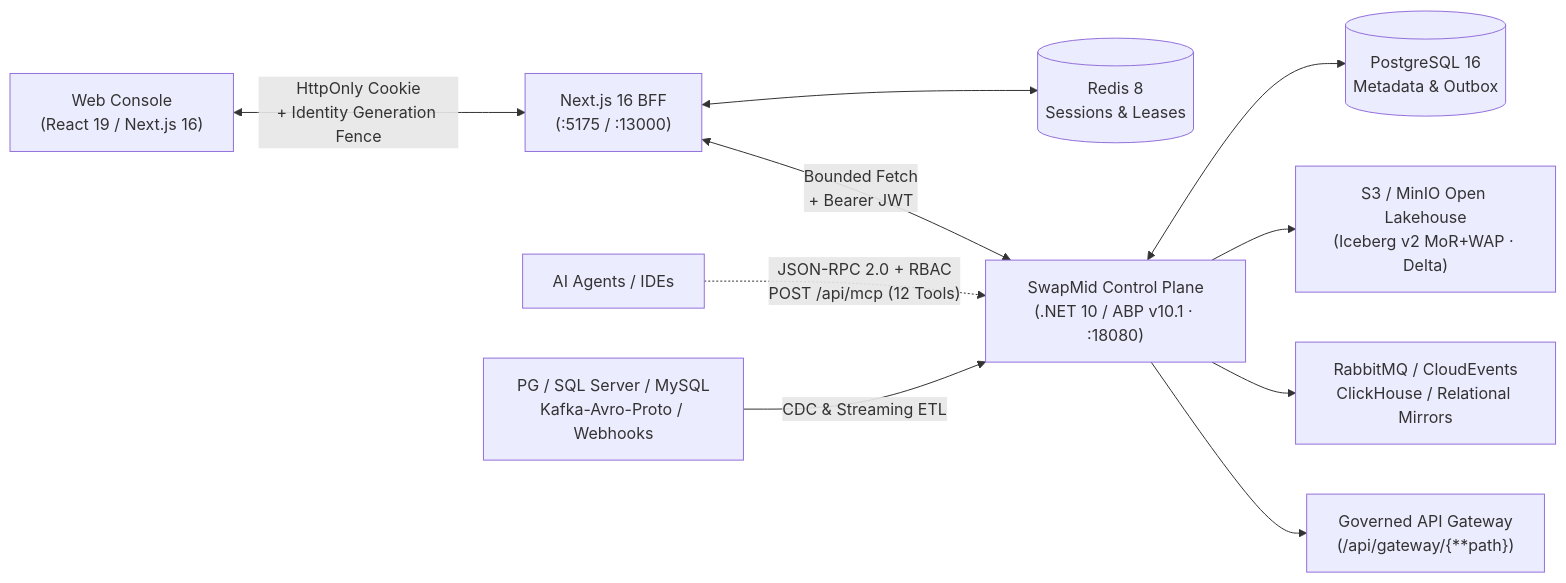
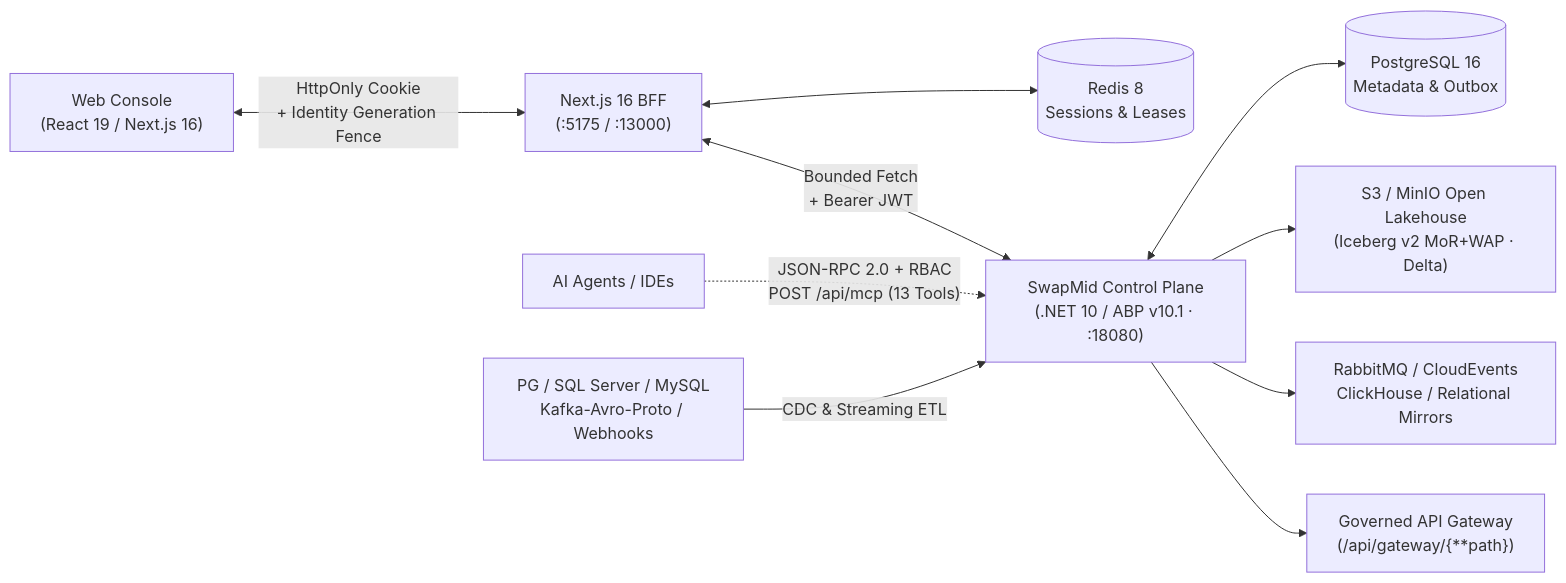
One commit to q871958549/SwapMid changed the diagram in README.md. Above: the diagram before and after it, drawn with Mermaid. The commit also changed other lines of this file and 68 other files, not shown here.

````diff
--- a/README.md
+++ b/README.md
@@ -31,12 +31,12 @@
 ```mermaid
 flowchart LR
   Browser["Web Console\n(React 19 / Next.js 16)"] <-->|"HttpOnly Cookie\n+ Identity Generation Fence"| BFF["Next.js 16 BFF\n(:5175 / :13000)"]
   BFF <--> Redis[("Redis 8\nSessions & Leases")]
   BFF <-->|"Bounded Fetch\n+ Bearer JWT"| Core["SwapMid Control Plane\n(.NET 10 / ABP v10.1 · :18080)"]
-  AI["AI Agents / IDEs"] -.->|"JSON-RPC 2.0 + RBAC\nPOST /api/mcp (12 Tools)"| Core
+  AI["AI Agents / IDEs"] -.->|"JSON-RPC 2.0 + RBAC\nPOST /api/mcp (13 Tools)"| Core
   Core <--> PG[("PostgreSQL 16\nMetadata & Outbox")]
   Sources["PG / SQL Server / MySQL\nKafka-Avro-Proto / Webhooks"] -->|"CDC & Streaming ETL"| Core
   Core --> Lake["S3 / MinIO Open Lakehouse\n(Iceberg v2 MoR+WAP · Delta)"]
   Core --> Bus["RabbitMQ / CloudEvents\nClickHouse / Relational Mirrors"]
   Core --> Upstreams["Governed API Gateway\n(/api/gateway/{**path})"]
 ```
````
